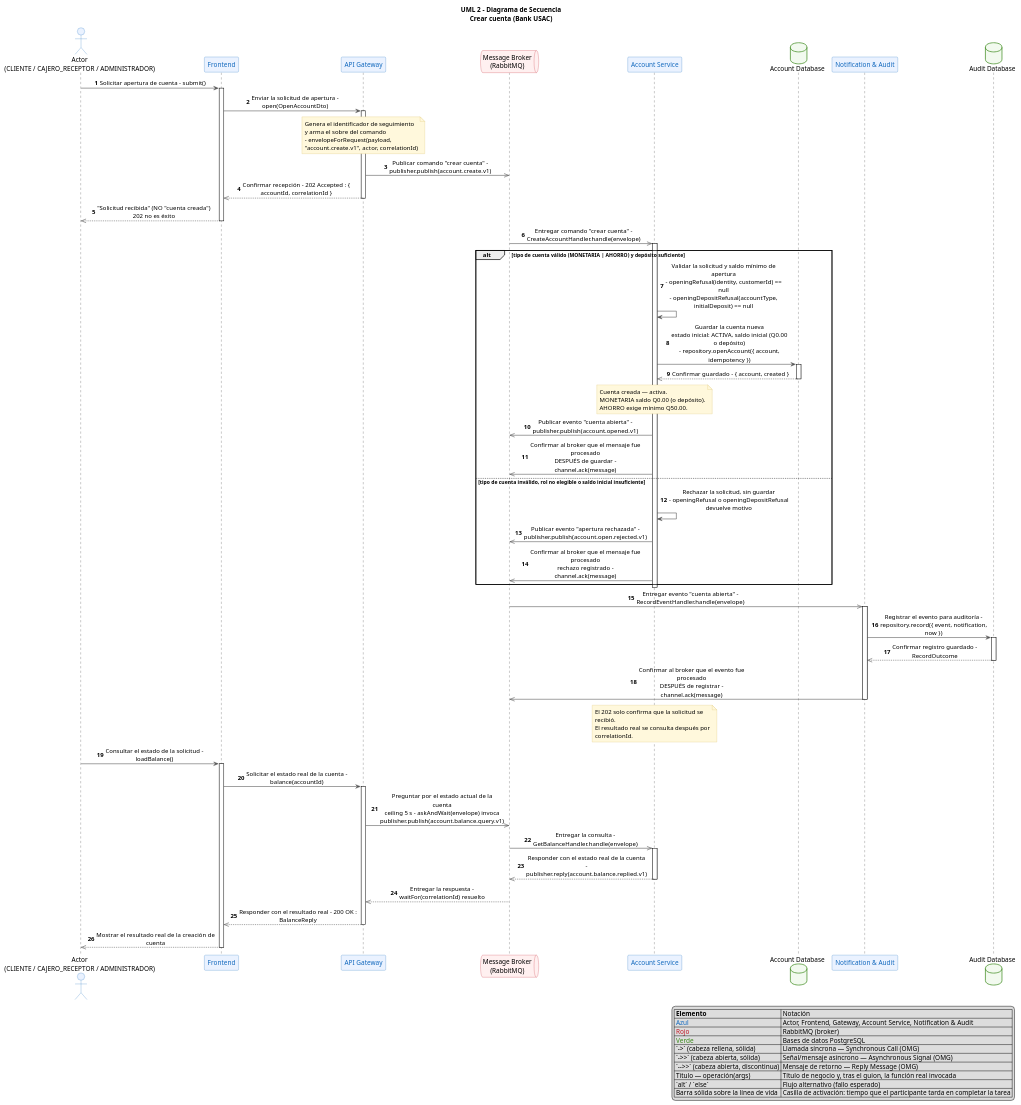
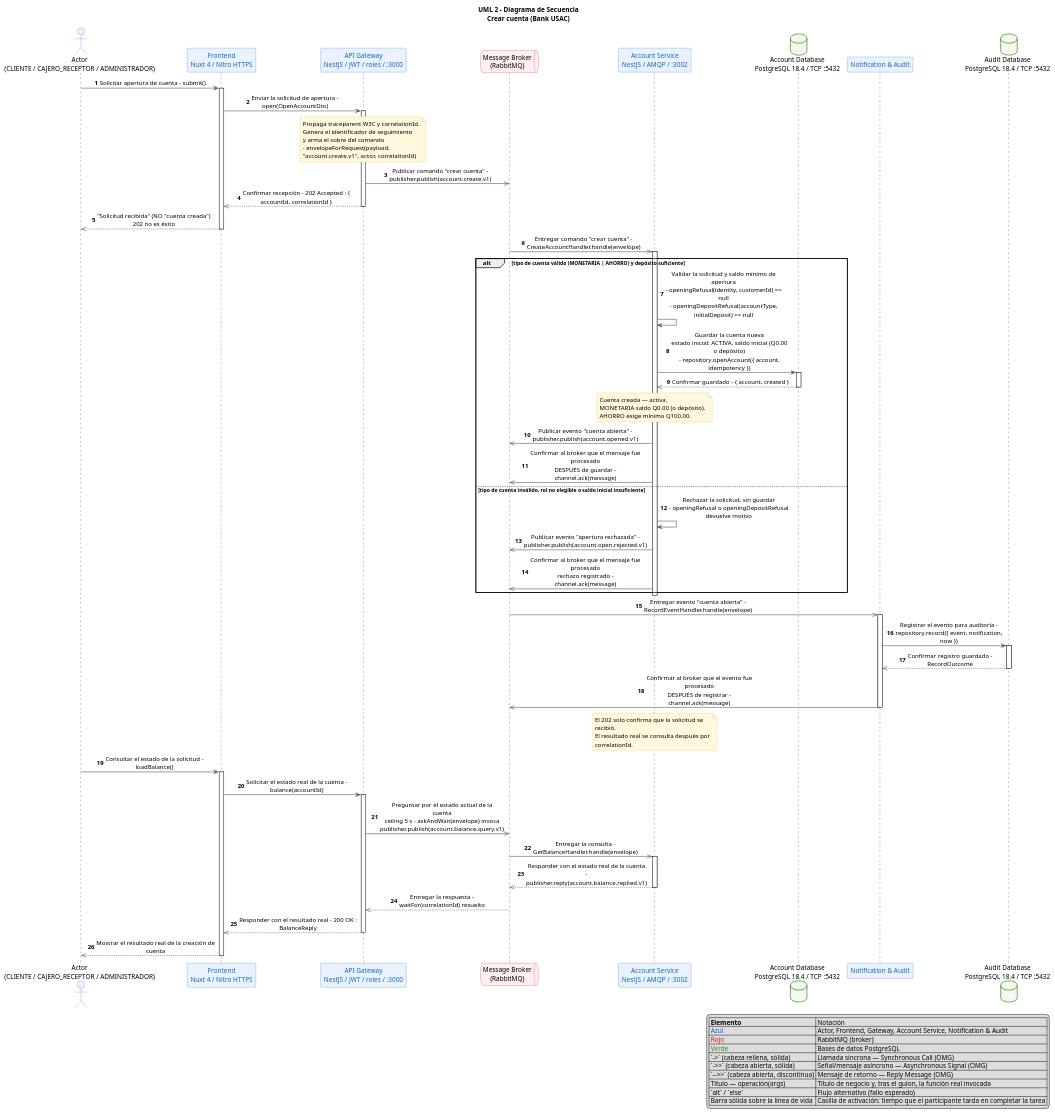
One commit to marcosbondel/Proyecto-SA-B-2 changed the diagram in docs/architecture/diagrams/06-uml-secuencia-crear-cuenta.puml. Above: the diagram before and after it, drawn with PlantUML. The commit also changed 50 other files, not shown here.

Commit message:
docs(architecture): actualizar modelos C4 L1-L3, secuencias de Saga e interbancario y despliegue cloud

```diff
--- a/docs/architecture/diagrams/06-uml-secuencia-crear-cuenta.puml
+++ b/docs/architecture/diagrams/06-uml-secuencia-crear-cuenta.puml
@@ -1,133 +1,134 @@
   @startuml
   ' Bank USAC - UML 2 Sequence Diagram - Crear cuenta
   ' Caso de uso 2 (docs/domain/use-cases.md).
   ' Notacion UML 2 nativa (OMG, Sequence Diagram §17.4.4 / §17.11 Message): la
   ' etiqueta de cada mensaje lleva unicamente el nombre de la operacion/senal
   ' invocada (y sus argumentos), nunca el protocolo ni la sincronia. Esas dos
   ' cosas se leen en la firma grafica de la flecha:
   '   ->   cabeza rellena, linea solida  -> llamada sincrona (Synchronous Call)
   '   ->>  cabeza abierta,  linea solida  -> envio de senal/mensaje asincrono
   '                                          (Asynchronous Signal)
   '   -->> cabeza abierta,  linea discontinua -> mensaje de retorno (Reply Message)
   ' Cada mensaje trae ademas un titulo para stakeholders (la accion de negocio
   ' que representa) seguido, tras un guion, del nombre real de la funcion que la
   ' realiza en el codigo — verificado contra el repositorio, no inventado.
   ' Las casillas de activacion (activate/deactivate) muestran cuanto tiempo
   ' mantiene cada participante una tarea en curso.
 
   title UML 2 - Diagrama de Secuencia\nCrear cuenta (Bank USAC)
 
   skinparam shadowing false
   skinparam defaultFontName "Segoe UI"
   skinparam ArrowColor #555555
   skinparam ArrowThickness 1.2
   skinparam sequenceMessageAlign center
   skinparam maxMessageSize 260
   skinparam wrapWidth 260
   skinparam noteBackgroundColor #FFF8DC
   skinparam noteBorderColor #D6B656
   skinparam ParticipantBorderColor #1168BD
   skinparam ParticipantBackgroundColor #EAF2FF
   skinparam ParticipantFontColor #1168BD
   skinparam ActorBorderColor #1168BD
   skinparam ActorBackgroundColor #EAF2FF
   skinparam QueueBorderColor #C11926
   skinparam QueueBackgroundColor #FFF0F0
   skinparam DatabaseBorderColor #398819
   skinparam DatabaseBackgroundColor #F2FAEF
   skinparam LifeLineBorderColor #1168BD
   skinparam ActivationBorderColor #1168BD
   skinparam ActivationBackgroundColor #C6DBF7
 
   legend right
       |= Elemento | Notación |
       | <color:#1168BD>Azul</color> | Actor, Frontend, Gateway, Account Service, Notification & Audit |
       | <color:#C11926>Rojo</color> | RabbitMQ (broker) |
       | <color:#398819>Verde</color> | Bases de datos PostgreSQL |
       | `->` (cabeza rellena, sólida) | Llamada síncrona — Synchronous Call (OMG) |
       | `->>` (cabeza abierta, sólida) | Señal/mensaje asíncrono — Asynchronous Signal (OMG) |
       | `-->>` (cabeza abierta, discontinua) | Mensaje de retorno — Reply Message (OMG) |
       | Título — operación(args) | Título de negocio y, tras el guion, la función real invocada |
       | `alt` / `else` | Flujo alternativo (fallo esperado) |
       | Barra sólida sobre la línea de vida | Casilla de activación: tiempo que el participante tarda en completar la tarea |
   endlegend
 
   actor "Actor\n(CLIENTE / CAJERO_RECEPTOR / ADMINISTRADOR)" as Actor
-  participant "Frontend" as Frontend
-  participant "API Gateway" as Gateway
+  participant "Frontend\nNuxt 4 / Nitro HTTPS" as Frontend
+  participant "API Gateway\nNestJS / JWT / roles / :3000" as Gateway
   queue "Message Broker\n(RabbitMQ)" as Broker
-  participant "Account Service" as Account
-  database "Account Database" as AccountDB
+  participant "Account Service\nNestJS / AMQP / :3002" as Account
+  database "Account Database\nPostgreSQL 18.4 / TCP :5432" as AccountDB
   participant "Notification & Audit" as Notif
-  database "Audit Database" as AuditDB
+  database "Audit Database\nPostgreSQL 18.4 / TCP :5432" as AuditDB
 
   autonumber
 
   Actor -> Frontend : Solicitar apertura de cuenta - submit()
   activate Frontend
   Frontend -> Gateway : Enviar la solicitud de apertura - open(OpenAccountDto)
   activate Gateway
   note over Gateway
+    Propaga traceparent W3C y correlationId.
     Genera el identificador de seguimiento
     y arma el sobre del comando
     - envelopeForRequest(payload, "account.create.v1", actor, correlationId)
   end note
 
   Gateway ->> Broker : Publicar comando "crear cuenta" - publisher.publish(account.create.v1)
   Gateway -->> Frontend : Confirmar recepción - 202 Accepted : { accountId, correlationId }
   deactivate Gateway
   Frontend -->> Actor : "Solicitud recibida" (NO "cuenta creada")\n202 no es éxito
   deactivate Frontend
 
   Broker ->> Account : Entregar comando "crear cuenta" - CreateAccountHandler.handle(envelope)
   activate Account
 
   alt tipo de cuenta válido (MONETARIA | AHORRO) y depósito suficiente
       Account -> Account : Validar la solicitud y saldo mínimo de apertura\n- openingRefusal(identity, customerId) == null\n- openingDepositRefusal(accountType, initialDeposit) == null
       Account -> AccountDB : Guardar la cuenta nueva\nestado inicial: ACTIVA, saldo inicial (Q0.00 o depósito)\n- repository.openAccount({ account, idempotency })
       activate AccountDB
       AccountDB -->> Account : Confirmar guardado - { account, created }
       deactivate AccountDB
       note over Account
         Cuenta creada — activa.
         MONETARIA saldo Q0.00 (o depósito).
-        AHORRO exige mínimo Q50.00.
+        AHORRO exige mínimo Q100.00.
       end note
       Account ->> Broker : Publicar evento "cuenta abierta" - publisher.publish(account.opened.v1)
       Account ->> Broker : Confirmar al broker que el mensaje fue procesado\nDESPUÉS de guardar - channel.ack(message)
   else tipo de cuenta inválido, rol no elegible o saldo inicial insuficiente
       Account -> Account : Rechazar la solicitud, sin guardar\n- openingRefusal o openingDepositRefusal devuelve motivo
       Account ->> Broker : Publicar evento "apertura rechazada" - publisher.publish(account.open.rejected.v1)
       Account ->> Broker : Confirmar al broker que el mensaje fue procesado\nrechazo registrado - channel.ack(message)
   end
   deactivate Account
 
   Broker ->> Notif : Entregar evento "cuenta abierta" - RecordEventHandler.handle(envelope)
   activate Notif
   Notif -> AuditDB : Registrar el evento para auditoría - repository.record({ event, notification, now })
   activate AuditDB
   AuditDB -->> Notif : Confirmar registro guardado - RecordOutcome
   deactivate AuditDB
   Notif ->> Broker : Confirmar al broker que el evento fue procesado\nDESPUÉS de registrar - channel.ack(message)
   deactivate Notif
 
   note over Account
     El 202 solo confirma que la solicitud se recibió.
     El resultado real se consulta después por correlationId.
   end note
 
   Actor -> Frontend : Consultar el estado de la solicitud - loadBalance()
   activate Frontend
   Frontend -> Gateway : Solicitar el estado real de la cuenta - balance(accountId)
   activate Gateway
   Gateway ->> Broker : Preguntar por el estado actual de la cuenta\nceiling 5 s - askAndWait(envelope) invoca publisher.publish(account.balance.query.v1)
   Broker ->> Account : Entregar la consulta - GetBalanceHandler.handle(envelope)
   activate Account
   Account -->> Broker : Responder con el estado real de la cuenta - publisher.reply(account.balance.replied.v1)
   deactivate Account
   Broker -->> Gateway : Entregar la respuesta - waitFor(correlationId) resuelto
   Gateway -->> Frontend : Responder con el resultado real - 200 OK : BalanceReply
   deactivate Gateway
   Frontend -->> Actor : Mostrar el resultado real de la creación de cuenta
   deactivate Frontend
   @enduml
```
